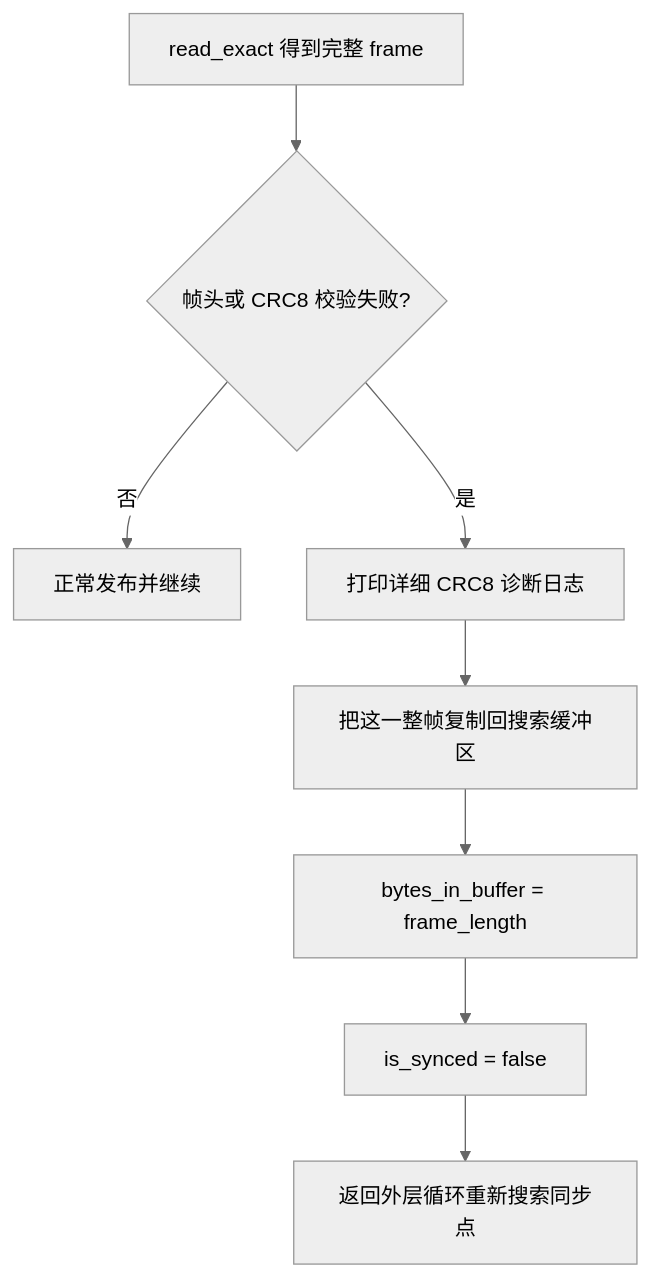
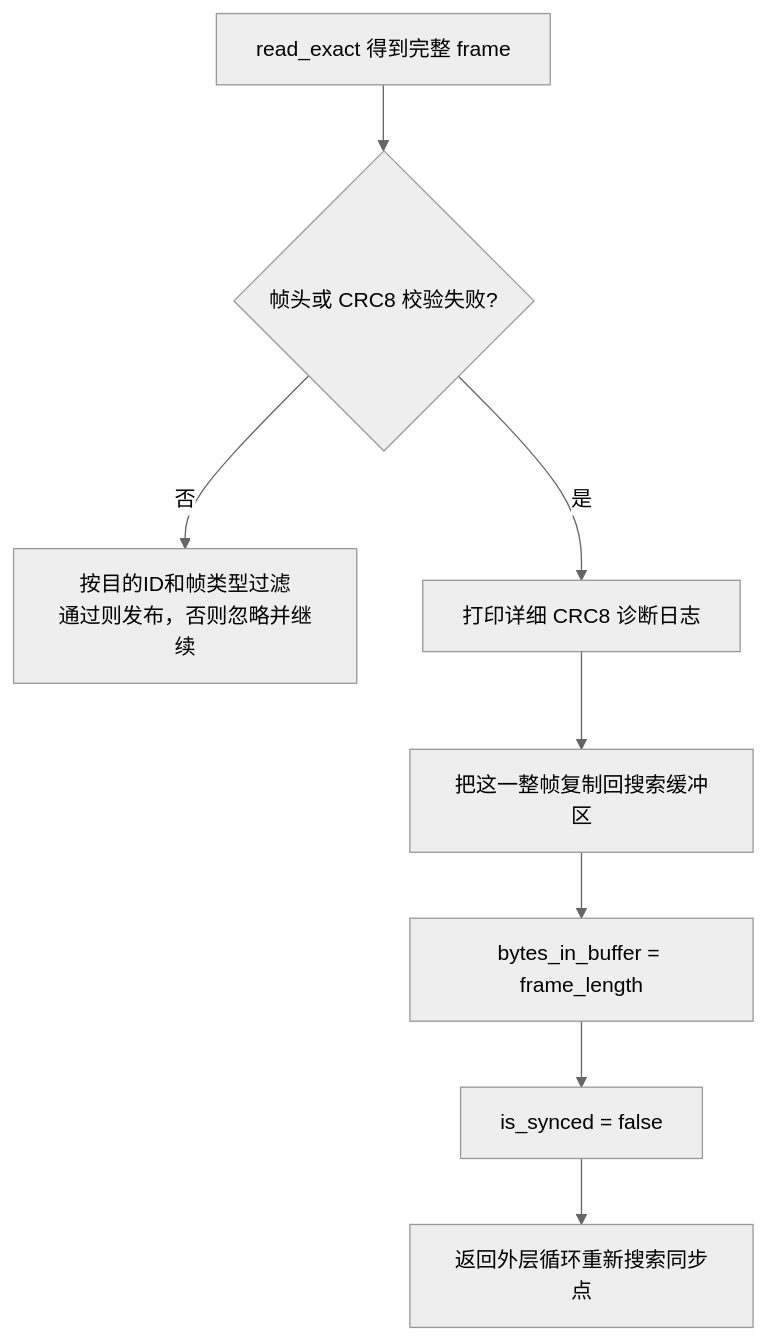
Before and after one commit to ecuster21/MissionComputerTeach: the first of 2 diagrams in docs/frame_sync/04_校验失败重同步.md, drawn with Mermaid (neutral theme). The commit also changed other lines of this file and 11 other files, not shown here.

````diff
--- a/docs/frame_sync/04_校验失败重同步.md
+++ b/docs/frame_sync/04_校验失败重同步.md
@@ -7,10 +7,10 @@
 ```mermaid
 flowchart TB
     A[read_exact 得到完整 frame] --> B{帧头或 CRC8 校验失败?}
-    B -- 否 --> C[正常发布并继续]
+    B -- 否 --> C[按目的ID和帧类型过滤<br/>通过则发布，否则忽略并继续]
     B -- 是 --> D[打印详细 CRC8 诊断日志]
     D --> E[把这一整帧复制回搜索缓冲区]
     E --> F[bytes_in_buffer = frame_length]
     F --> G[is_synced = false]
     G --> H[返回外层循环重新搜索同步点]
 ```
````
